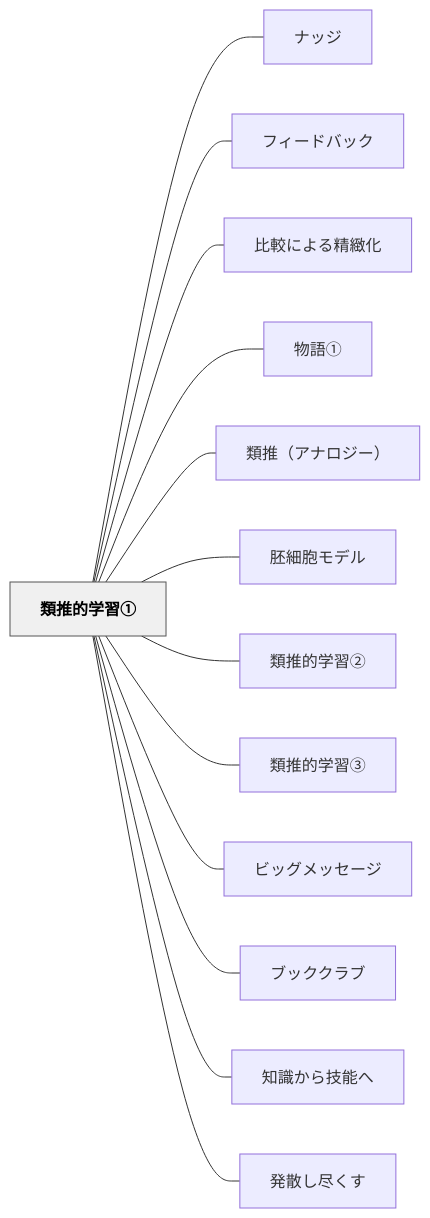
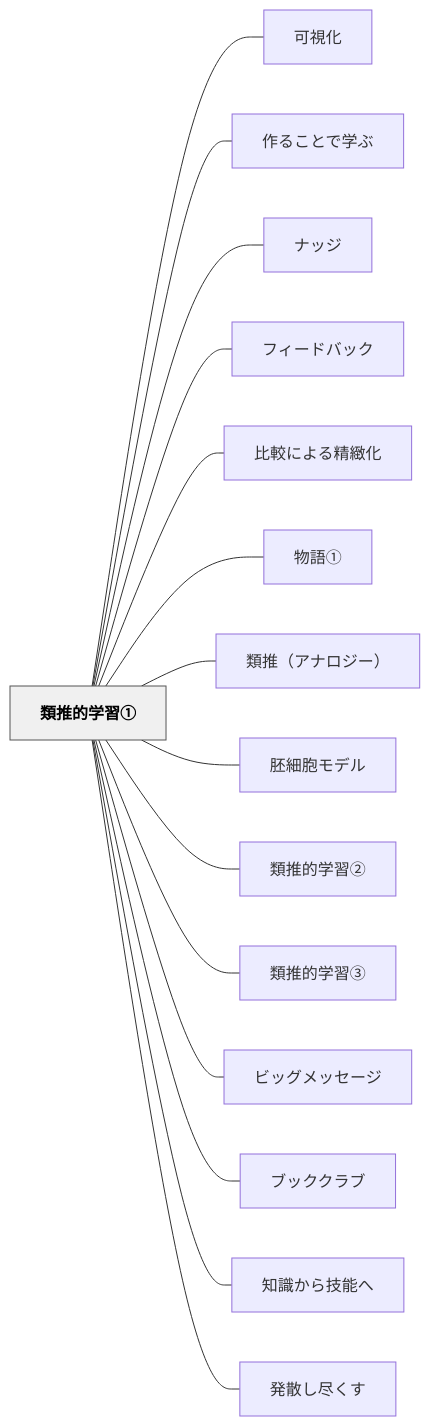
Before and after one commit to unknownthings-ed-patterns/unknownthings-ed-patterns: the diagram in content/パタン/類推的学習①.md, drawn with Mermaid. The commit also changed other lines of this file and 100 other files, not shown here.

````diff
--- a/content/パタン/類推的学習①.md
+++ b/content/パタン/類推的学習①.md
@@ -115,32 +117,36 @@
 ```mermaid
 flowchart LR
     ne9a19ee68ea8e79a84e5ada6e7bf92e291a0["類推的学習①"]
+    ne58fafe8a696e58c96["可視化"]
+    ne4bd9ce3828be38193e381a8e381a7e5ada6e381b6["作ることで学ぶ"]
     ne3838ae38383e382b8["ナッジ"]
     ne38395e382a3e383bce38389e38390e38383e382af["フィードバック"]
     ne6af94e8bc83e381abe38288e3828be7b2bee7b7bbe58c96["比較による精緻化"]
     ne789a9e8aa9ee291a0["物語①"]
     ne9a19ee68ea8efbc88e382a2e3838ae383ade382b8e383bcefbc89["類推（アナロジー）"]
     ne8839ae7b4b0e8839ee383a2e38387e383ab["胚細胞モデル"]
     ne9a19ee68ea8e79a84e5ada6e7bf92e291a1["類推的学習②"]
     ne9a19ee68ea8e79a84e5ada6e7bf92e291a2["類推的学習③"]
     ne38393e38383e382b0e383a1e38383e382bbe383bce382b8["ビッグメッセージ"]
     ne38396e38383e382afe382afe383a9e38396["ブッククラブ"]
     ne79fa5e8ad98e3818be38289e68a80e883bde381b8["知識から技能へ"]
     ne799bae695a3e38197e5b0bde3818fe38199["発散し尽くす"]
 
+    ne9a19ee68ea8e79a84e5ada6e7bf92e291a0 --- ne58fafe8a696e58c96
+    ne9a19ee68ea8e79a84e5ada6e7bf92e291a0 --- ne4bd9ce3828be38193e381a8e381a7e5ada6e381b6
     ne9a19ee68ea8e79a84e5ada6e7bf92e291a0 --- ne3838ae38383e382b8
     ne9a19ee68ea8e79a84e5ada6e7bf92e291a0 --- ne38395e382a3e383bce38389e38390e38383e382af
     ne9a19ee68ea8e79a84e5ada6e7bf92e291a0 --- ne6af94e8bc83e381abe38288e3828be7b2bee7b7bbe58c96
     ne9a19ee68ea8e79a84e5ada6e7bf92e291a0 --- ne789a9e8aa9ee291a0
     ne9a19ee68ea8e79a84e5ada6e7bf92e291a0 --- ne9a19ee68ea8efbc88e382a2e3838ae383ade382b8e383bcefbc89
     ne9a19ee68ea8e79a84e5ada6e7bf92e291a0 --- ne8839ae7b4b0e8839ee383a2e38387e383ab
     ne9a19ee68ea8e79a84e5ada6e7bf92e291a0 --- ne9a19ee68ea8e79a84e5ada6e7bf92e291a1
     ne9a19ee68ea8e79a84e5ada6e7bf92e291a0 --- ne9a19ee68ea8e79a84e5ada6e7bf92e291a2
     ne9a19ee68ea8e79a84e5ada6e7bf92e291a0 --- ne38393e38383e382b0e383a1e38383e382bbe383bce382b8
     ne9a19ee68ea8e79a84e5ada6e7bf92e291a0 --- ne38396e38383e382afe382afe383a9e38396
     ne9a19ee68ea8e79a84e5ada6e7bf92e291a0 --- ne79fa5e8ad98e3818be38289e68a80e883bde381b8
     ne9a19ee68ea8e79a84e5ada6e7bf92e291a0 --- ne799bae695a3e38197e5b0bde3818fe38199
 
     classDef hub fill:#f0f0f0,stroke:#555,color:#000,font-weight:bold
     class ne9a19ee68ea8e79a84e5ada6e7bf92e291a0 hub
 ```
````
